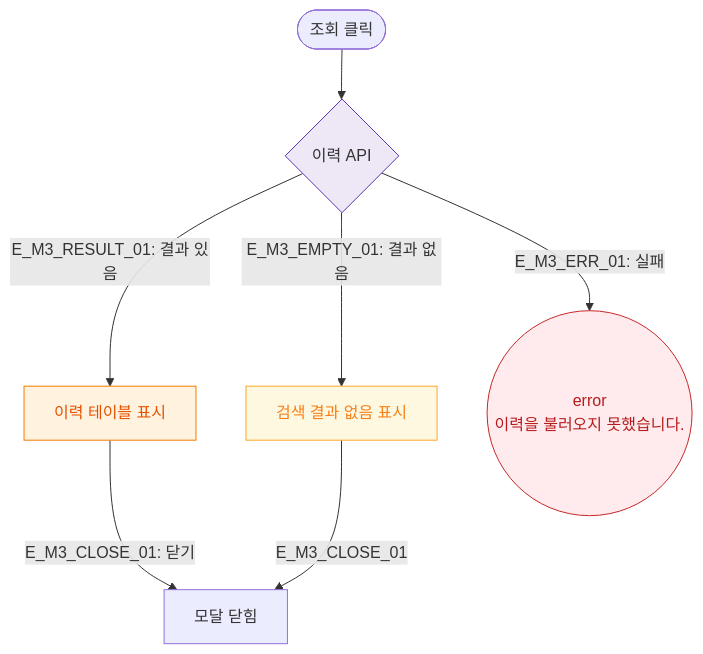
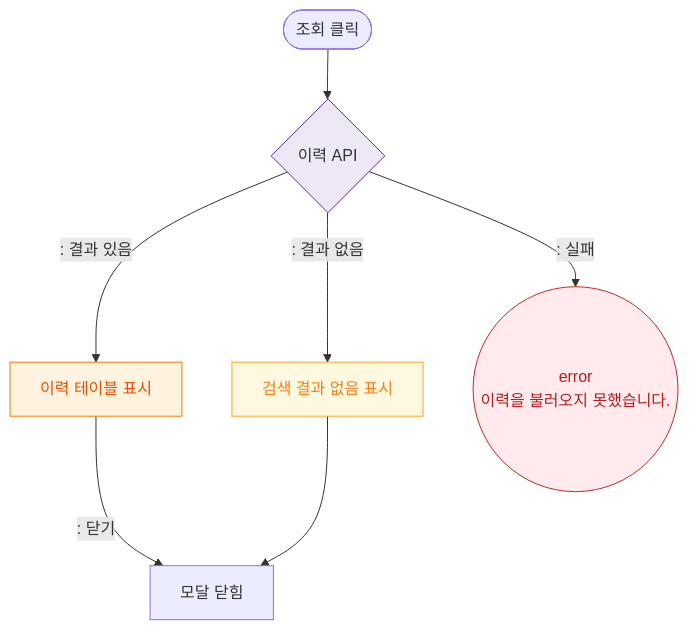
Before and after one commit to dev-spogym/admin-pando: the diagram in docs/다이어그램/D06_시설관리/DLG/DLG-052-002_RFID이력조회/M3_결과분기.md, drawn with Mermaid. The commit also changed other lines of this file and 1660 other files, not shown here.

First line of the commit message:
다이어그램: 기획자/클라이언트 납품본으로 정리

````diff
--- a/docs/다이어그램/D06_시설관리/DLG/DLG-052-002_RFID이력조회/M3_결과분기.md
+++ b/docs/다이어그램/D06_시설관리/DLG/DLG-052-002_RFID이력조회/M3_결과분기.md
@@ -16,18 +14,18 @@
 ```mermaid
 flowchart TD
     ACTION([조회 클릭]) --> SearchAPI{이력 API}
-    SearchAPI -->|"E_M3_RESULT_01: 결과 있음"| ShowResult[이력 테이블 표시]
-    SearchAPI -->|"E_M3_EMPTY_01: 결과 없음"| ShowEmpty[검색 결과 없음 표시]
-    SearchAPI -->|"E_M3_ERR_01: 실패"| ErrToast((error\n이력을 불러오지 못했습니다.))
-    ShowResult -->|"E_M3_CLOSE_01: 닫기"| CLOSE[모달 닫힘]
-    ShowEmpty -->|E_M3_CLOSE_01| CLOSE
+    SearchAPI -->|": 결과 있음"|ShowResult[이력 테이블 표시]
+    SearchAPI -->|": 결과 없음"|ShowEmpty[검색 결과 없음 표시]
+    SearchAPI -->|": 실패"|ErrToast((error\n이력을 불러오지 못했습니다.))
+    ShowResult -->|": 닫기"|CLOSE[모달 닫힘]
+    ShowEmpty --> CLOSE
 
     classDef modal fill:#FFF3E0,stroke:#F57C00,color:#E65100
     classDef warning fill:#FFF8E1,stroke:#F9A825,color:#F57F17
     classDef error fill:#FFEBEE,stroke:#C62828,color:#B71C1C
     classDef system fill:#EDE7F6,stroke:#5E35B2
     class ShowResult modal
     class ShowEmpty warning
     class ErrToast error
     class SearchAPI system
 ```
````
